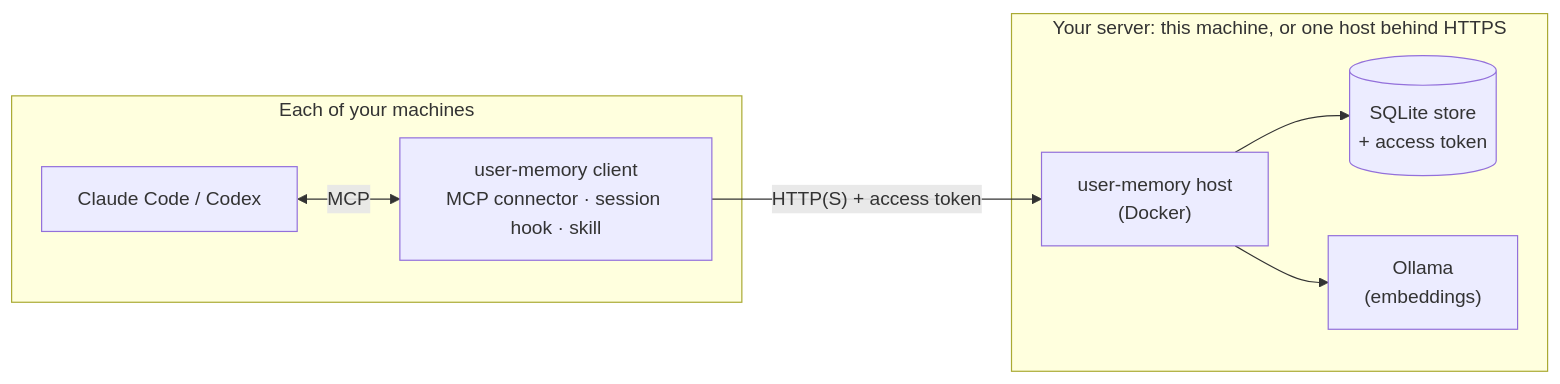
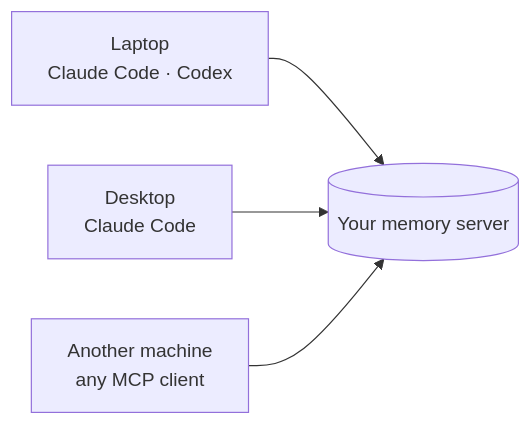
The diagram in README.md (l7aromeo/user-memory), drawn with Mermaid before and after one commit. The commit also changed other lines of this file, not shown here.

First line of the commit message:
docs(readme): start from the problem user-memory solves

````diff
--- a/README.md
+++ b/README.md
@@ -44,16 +43,6 @@
 ```mermaid
 flowchart LR
-  subgraph machine["Each of your machines"]
-    agent["Claude Code / Codex"]
-    client["user-memory client<br/>MCP connector · session hook · skill"]
-    agent <-->|MCP| client
-  end
-  subgraph server["Your server: this machine, or one host behind HTTPS"]
-    host["user-memory host<br/>(Docker)"]
-    store[("SQLite store<br/>+ access token")]
-    ollama["Ollama<br/>(embeddings)"]
-    host --> store
-    host --> ollama
-  end
-  client -->|"HTTP(S) + access token"| host
+  laptop["Laptop<br/>Claude Code · Codex"] --> server[("Your memory server")]
+  desktop["Desktop<br/>Claude Code"] --> server
+  other["Another machine<br/>any MCP client"] --> server
 ```
````
